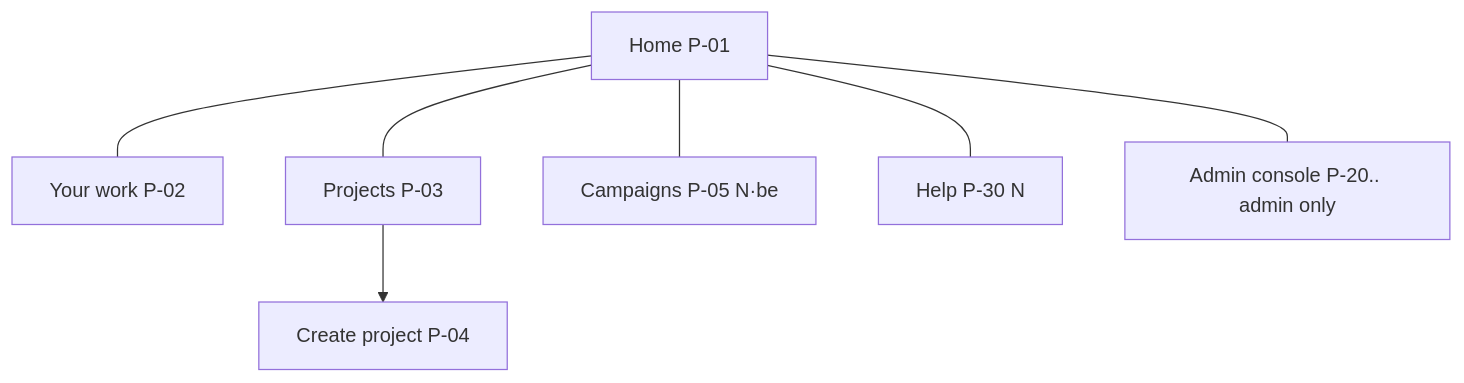
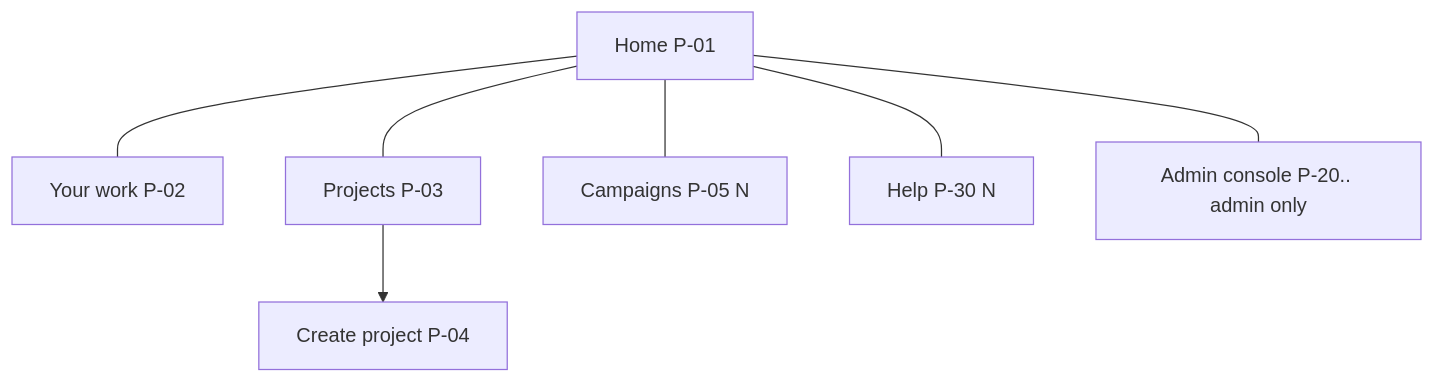
One commit to ayush-1610/Modeler_One_AI changed the first of 2 diagrams in design-review/PRODUCT_SITEMAP.md. Above: the diagram before and after it, drawn with Mermaid. The commit also changed other lines of this file and 14 other files, not shown here.

````diff
--- a/design-review/PRODUCT_SITEMAP.md
+++ b/design-review/PRODUCT_SITEMAP.md
@@ -50,8 +50,8 @@
 ```mermaid
 graph TD
   H[Home P-01] --- W[Your work P-02]
   H --- PR[Projects P-03] --> NP[Create project P-04]
-  H --- CA[Campaigns P-05 N·be]
+  H --- CA[Campaigns P-05 N]
   H --- HELP[Help P-30 N]
   H --- ADM[Admin console P-20.. admin only]
 ```
````
